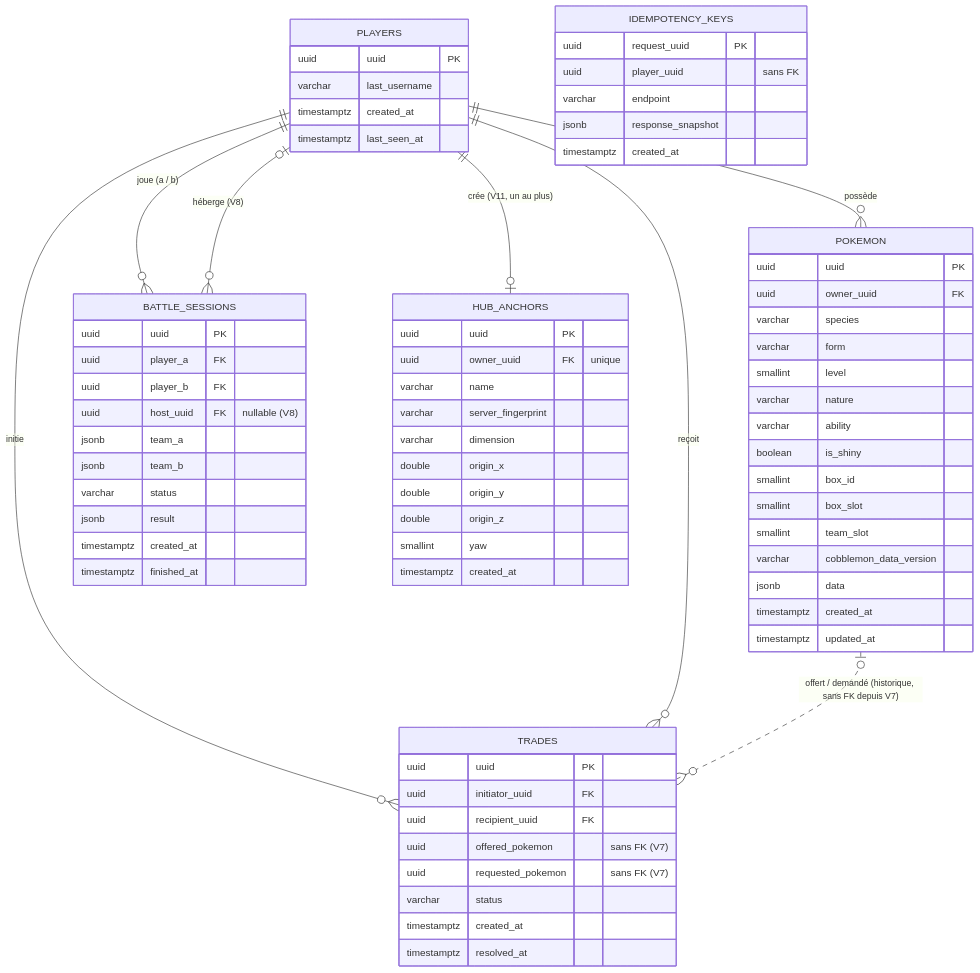
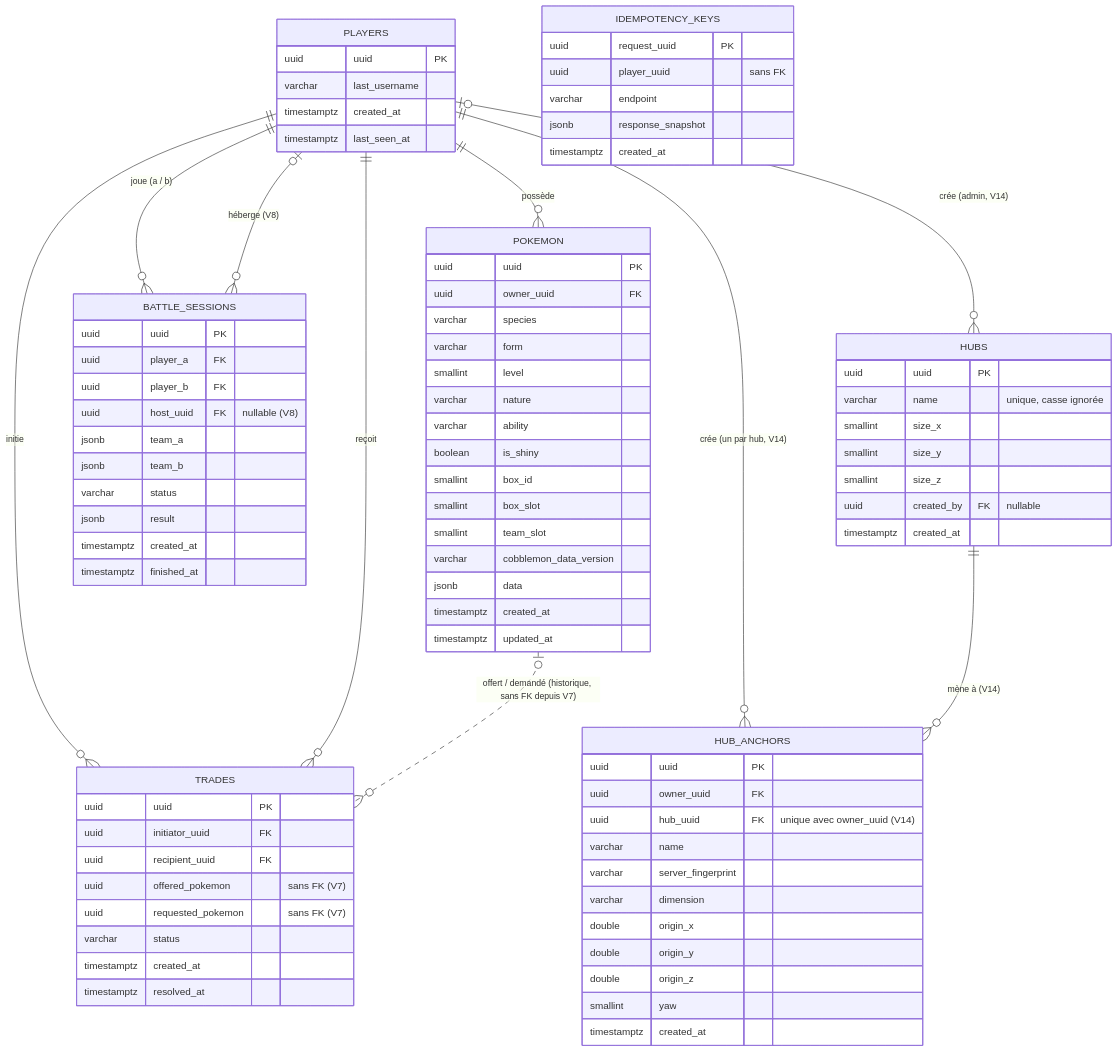
The diagram in Documentation/reference/database-schema.md (TrAdrienGit/Phantasmon-Backend), drawn with Mermaid before and after one commit. The commit also changed other lines of this file and 36 other files, not shown here.

```diff
--- a/Documentation/reference/database-schema.md
+++ b/Documentation/reference/database-schema.md
@@ -25,7 +25,9 @@
     PLAYERS ||--o{ BATTLE_SESSIONS : "joue (a / b)"
     PLAYERS |o--o{ BATTLE_SESSIONS : "héberge (V8)"
     POKEMON |o..o{ TRADES : "offert / demandé (historique, sans FK depuis V7)"
-    PLAYERS ||--o| HUB_ANCHORS : "crée (V11, un au plus)"
+    PLAYERS ||--o{ HUB_ANCHORS : "crée (un par hub, V14)"
+    HUBS ||--o{ HUB_ANCHORS : "mène à (V14)"
+    PLAYERS |o--o{ HUBS : "crée (admin, V14)"
 
     PLAYERS {
         uuid uuid PK
@@ -72,9 +74,19 @@
         timestamptz created_at
         timestamptz finished_at
     }
+    HUBS {
+        uuid uuid PK
+        varchar name "unique, casse ignorée"
+        smallint size_x
+        smallint size_y
+        smallint size_z
+        uuid created_by FK "nullable"
+        timestamptz created_at
+    }
     HUB_ANCHORS {
         uuid uuid PK
-        uuid owner_uuid FK "unique"
+        uuid owner_uuid FK
+        uuid hub_uuid FK "unique avec owner_uuid (V14)"
         varchar name
         varchar server_fingerprint
         varchar dimension
```
